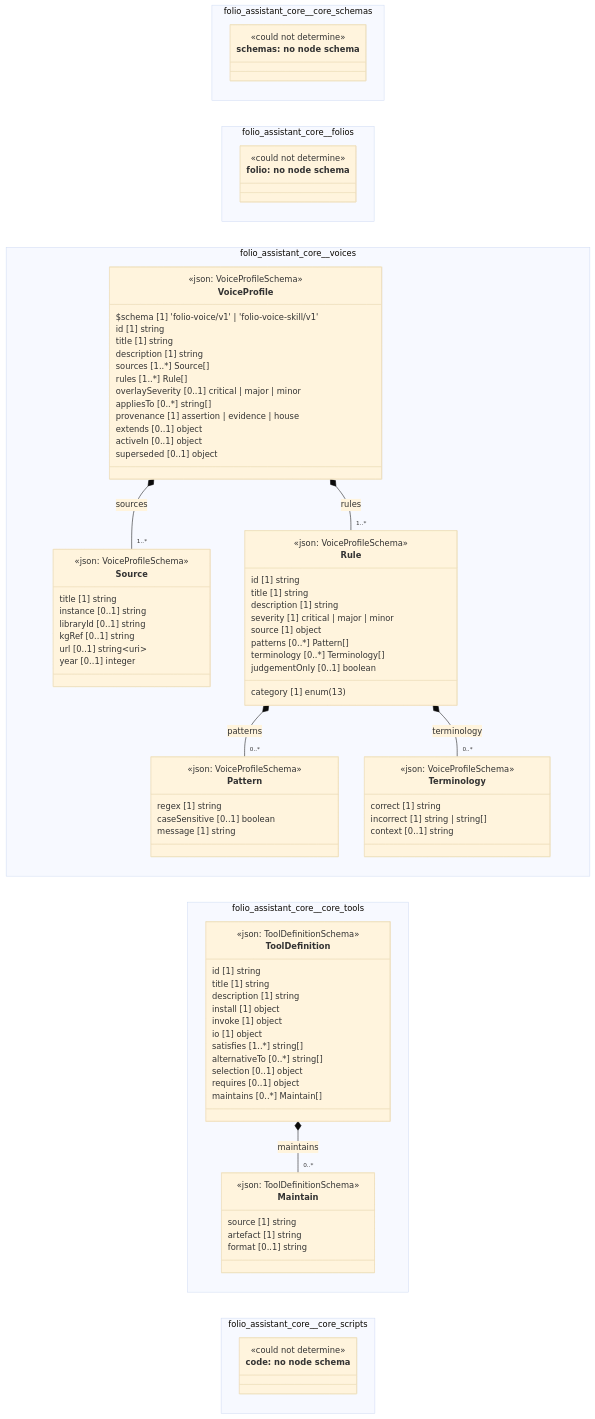
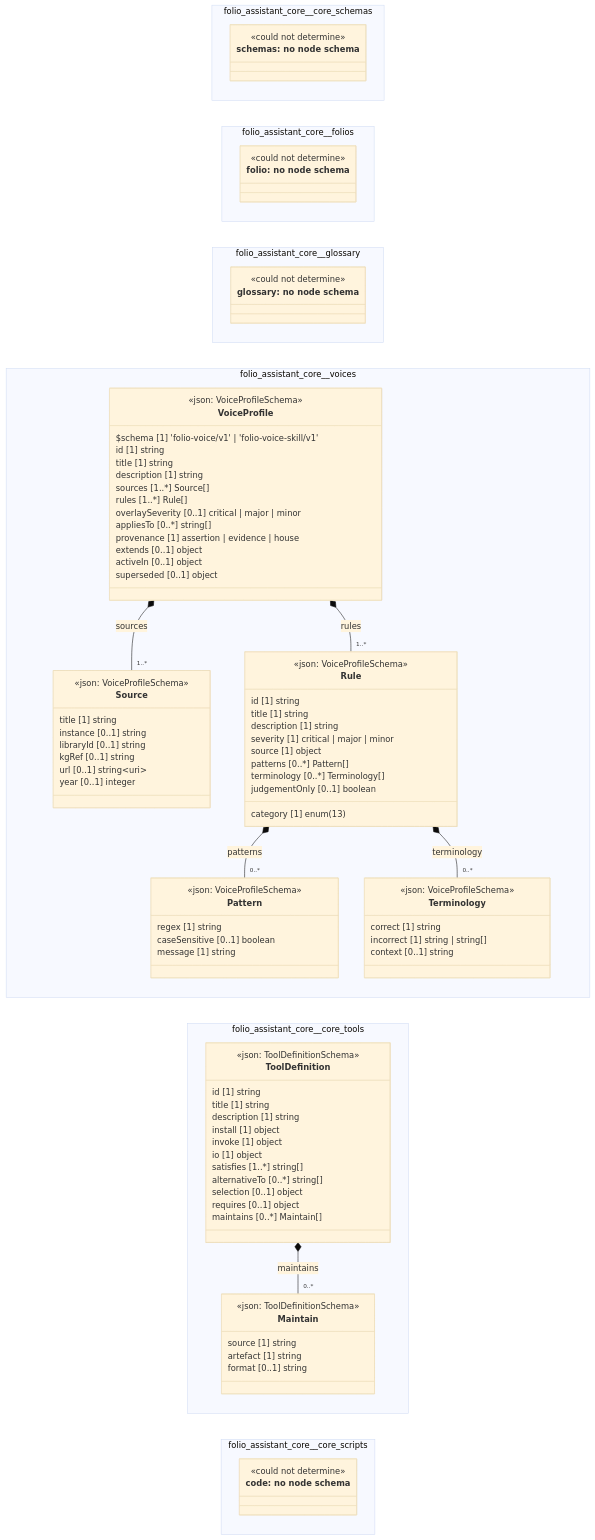
One commit to litlfred/folio-assistant changed the diagram in cat-harness/docs/uml/overview/folio-assistant-core.md. Above: the diagram before and after it, drawn with Mermaid (base theme). The commit also changed other lines of this file and 112 other files, not shown here.

First line of the commit message:
Glossary in core: folio-glossary/v1 (SKOS), glossary/ page, external references; harness kind renamed swimlane-glossary

```diff
--- a/cat-harness/docs/uml/overview/folio-assistant-core.md
+++ b/cat-harness/docs/uml/overview/folio-assistant-core.md
@@ -56,6 +58,11 @@
   }
   namespace folio_assistant_core__folios {
     class n_folio_assistant_core_folios_folio["folio: no node schema"] {
+      <<could not determine>>
+    }
+  }
+  namespace folio_assistant_core__glossary {
+    class n_folio_assistant_core_glossary_glossary["glossary: no node schema"] {
       <<could not determine>>
     }
   }
@@ -140,6 +147,8 @@
   cssClass "n_folio_assistant_core_core_schemas_schemas" fa_uml_undetermined
   cssClass "n_folio_assistant_core_folios_folio" fa_uml_kind_folio
   cssClass "n_folio_assistant_core_folios_folio" fa_uml_undetermined
+  cssClass "n_folio_assistant_core_glossary_glossary" fa_uml_kind_glossary
+  cssClass "n_folio_assistant_core_glossary_glossary" fa_uml_undetermined
   folio_assistant_core_voices_VoiceProfile *-- "1..*" folio_assistant_core_voices_Source : sources
   folio_assistant_core_voices_Rule *-- "0..*" folio_assistant_core_voices_Pattern : patterns
   folio_assistant_core_voices_Rule *-- "0..*" folio_assistant_core_voices_Terminology : terminology
```
